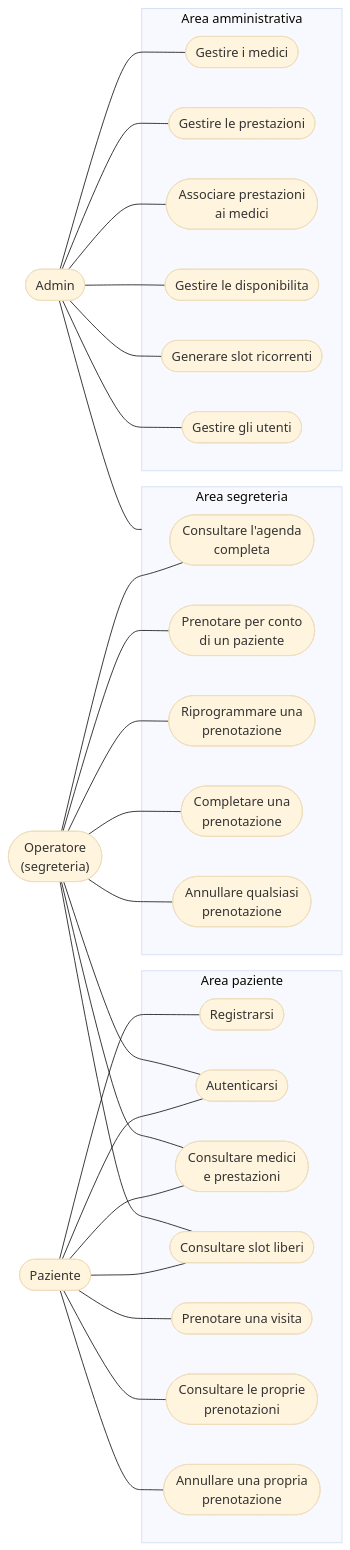
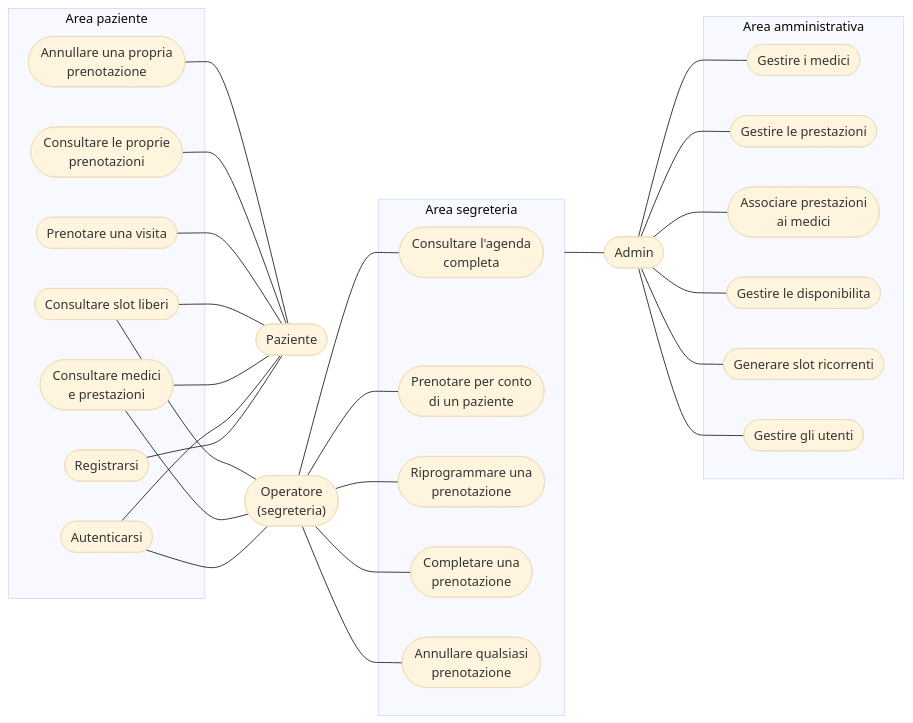
One commit to giovannicarrino-2802/PW16 changed the diagram in poliambulatorio-prenotazioni/docs/casi-uso.md. Above: the diagram before and after it, drawn with Mermaid (base theme).

````diff
--- a/poliambulatorio-prenotazioni/docs/casi-uso.md
+++ b/poliambulatorio-prenotazioni/docs/casi-uso.md
@@ -7,58 +7,60 @@
 ```mermaid
 flowchart LR
     PAZ(["Paziente"])
     OPE(["Operatore<br/>(segreteria)"])
     ADM(["Admin"])
 
     subgraph AREA_PAZ["Area paziente"]
         UC1(["Registrarsi"])
         UC2(["Autenticarsi"])
         UC3(["Consultare medici<br/>e prestazioni"])
         UC4(["Consultare slot liberi"])
         UC5(["Prenotare una visita"])
         UC6(["Consultare le proprie<br/>prenotazioni"])
         UC7(["Annullare una propria<br/>prenotazione"])
     end
 
     subgraph AREA_OPE["Area segreteria"]
         UC8(["Consultare l'agenda<br/>completa"])
         UC9(["Prenotare per conto<br/>di un paziente"])
         UC10(["Riprogrammare una<br/>prenotazione"])
         UC11(["Completare una<br/>prenotazione"])
         UC12(["Annullare qualsiasi<br/>prenotazione"])
     end
 
     subgraph AREA_ADM["Area amministrativa"]
         UC13(["Gestire i medici"])
         UC14(["Gestire le prestazioni"])
         UC15(["Associare prestazioni<br/>ai medici"])
         UC16(["Gestire le disponibilita"])
         UC17(["Generare slot ricorrenti"])
         UC18(["Gestire gli utenti"])
     end
 
-    PAZ --- UC1
-    PAZ --- UC2
-    PAZ --- UC3
-    PAZ --- UC4
-    PAZ --- UC5
-    PAZ --- UC6
-    PAZ --- UC7
+    UC1 --- PAZ
+    UC2 --- PAZ
+    UC3 --- PAZ
+    UC4 --- PAZ
+    UC5 --- PAZ
+    UC6 --- PAZ
+    UC7 --- PAZ
 
-    OPE --- UC2
-    OPE --- UC3
-    OPE --- UC4
+    UC2 --- OPE
+    UC3 --- OPE
+    UC4 --- OPE
+
     OPE --- UC8
     OPE --- UC9
     OPE --- UC10
     OPE --- UC11
     OPE --- UC12
 
-    ADM --- AREA_OPE
+    AREA_OPE --- ADM
+    
     ADM --- UC13
     ADM --- UC14
     ADM --- UC15
     ADM --- UC16
     ADM --- UC17
     ADM --- UC18
 ```
````
